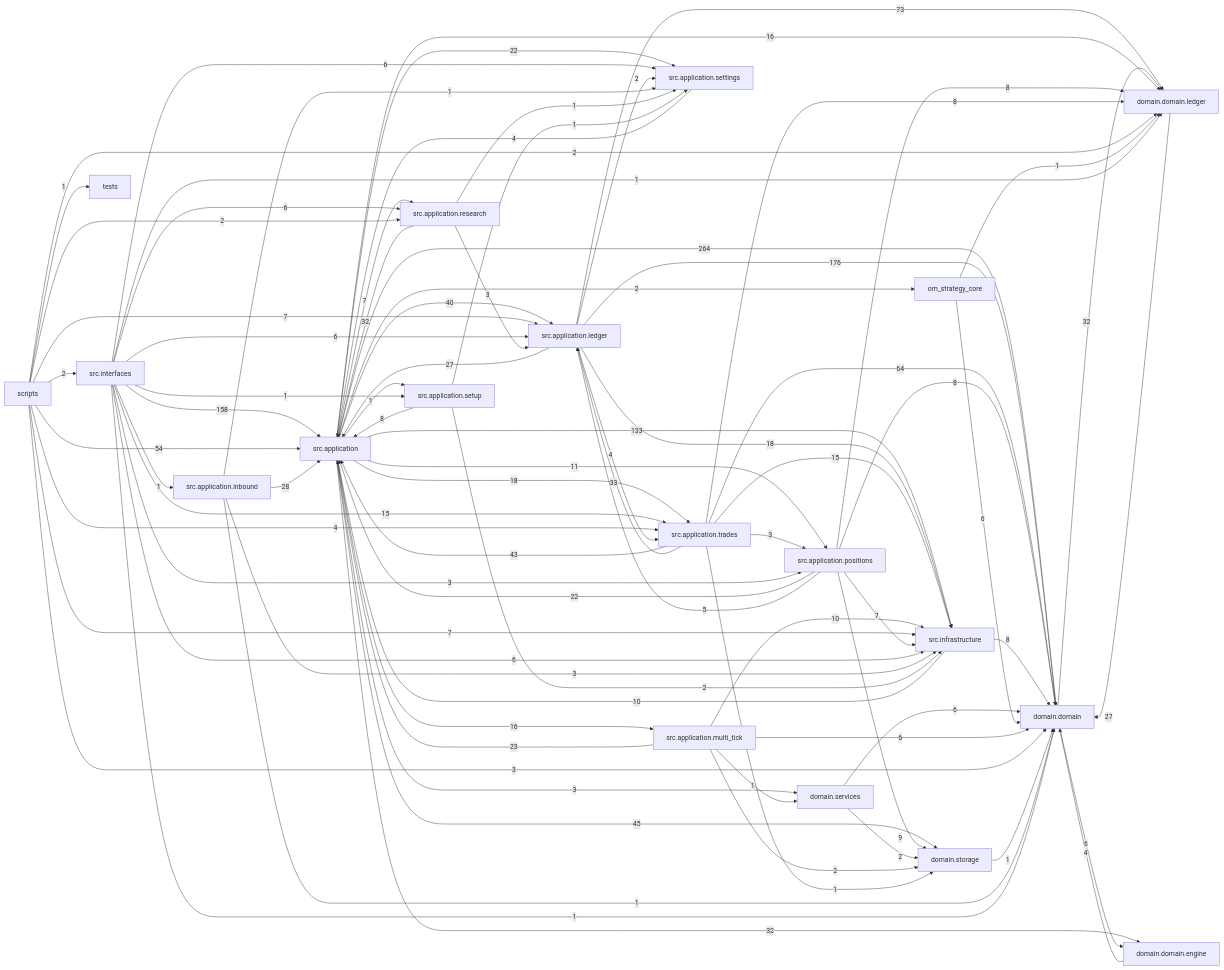
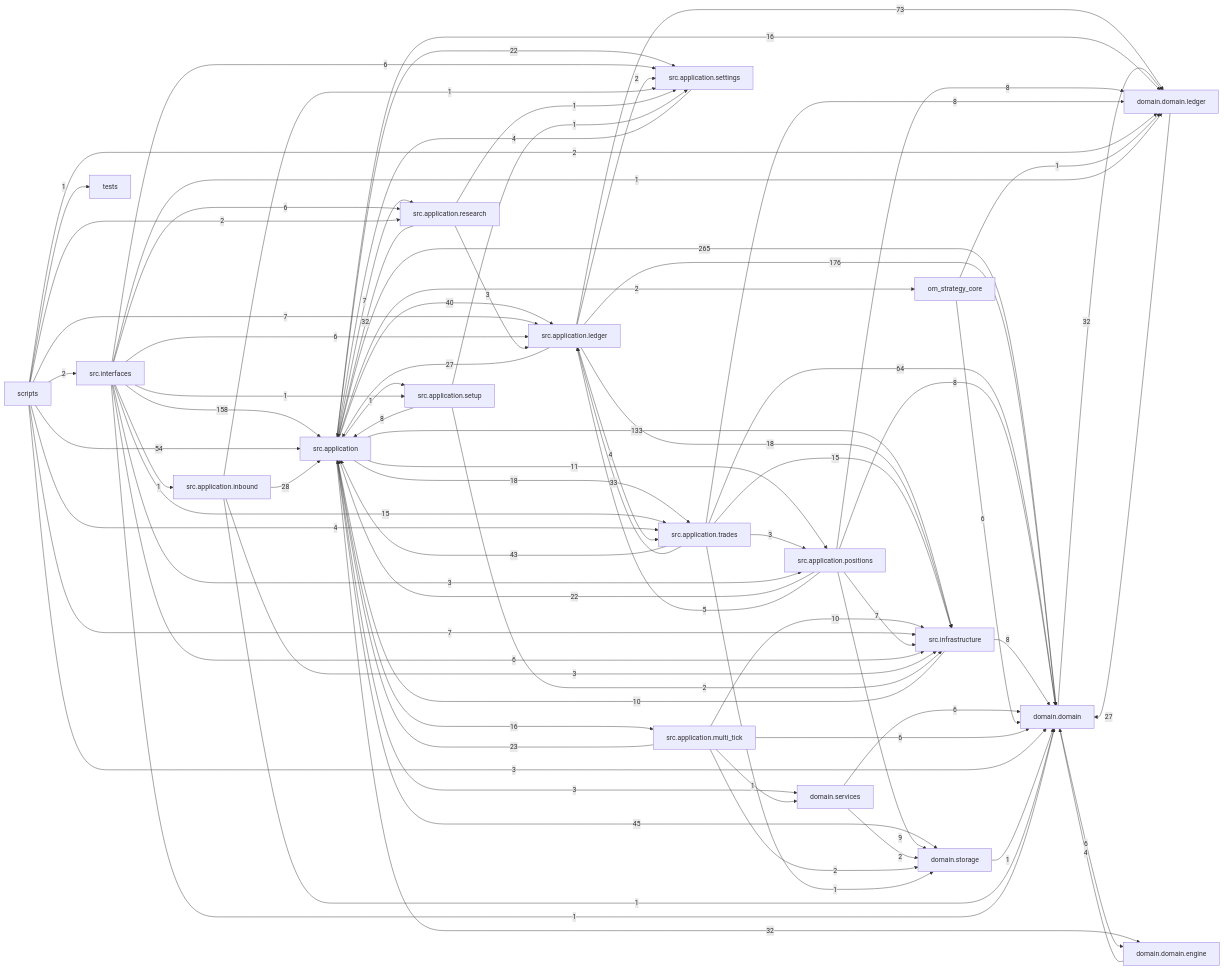
One commit to liuxie066/options-monitor changed the diagram in docs/dependency_graph.mmd. Above: the diagram before and after it, drawn with Mermaid. The commit also changed 6 other files, not shown here.

```diff
--- a/docs/dependency_graph.mmd
+++ b/docs/dependency_graph.mmd
@@ -1,81 +1,81 @@
 flowchart LR
-  src_application["src.application"] -->|264| domain_domain["domain.domain"]
+  src_application["src.application"] -->|265| domain_domain["domain.domain"]
   src_application_ledger["src.application.ledger"] -->|176| domain_domain["domain.domain"]
   src_interfaces["src.interfaces"] -->|158| src_application["src.application"]
   src_application["src.application"] -->|133| src_infrastructure["src.infrastructure"]
   src_application_ledger["src.application.ledger"] -->|73| domain_domain_ledger["domain.domain.ledger"]
   src_application_trades["src.application.trades"] -->|64| domain_domain["domain.domain"]
   scripts["scripts"] -->|54| src_application["src.application"]
   src_application["src.application"] -->|45| domain_storage["domain.storage"]
   src_application_trades["src.application.trades"] -->|43| src_application["src.application"]
   src_application["src.application"] -->|40| src_application_ledger["src.application.ledger"]
   src_application_trades["src.application.trades"] -->|33| src_application_ledger["src.application.ledger"]
   domain_domain["domain.domain"] -->|32| domain_domain_ledger["domain.domain.ledger"]
   src_application["src.application"] -->|32| domain_domain_engine["domain.domain.engine"]
   src_application_research["src.application.research"] -->|32| src_application["src.application"]
   src_application_inbound["src.application.inbound"] -->|28| src_application["src.application"]
   domain_domain_ledger["domain.domain.ledger"] -->|27| domain_domain["domain.domain"]
   src_application_ledger["src.application.ledger"] -->|27| src_application["src.application"]
   src_application_multi_tick["src.application.multi_tick"] -->|23| src_application["src.application"]
   src_application["src.application"] -->|22| src_application_settings["src.application.settings"]
   src_application_positions["src.application.positions"] -->|22| src_application["src.application"]
   src_application["src.application"] -->|18| src_application_trades["src.application.trades"]
   src_application_ledger["src.application.ledger"] -->|18| src_infrastructure["src.infrastructure"]
   src_application["src.application"] -->|16| domain_domain_ledger["domain.domain.ledger"]
   src_application["src.application"] -->|16| src_application_multi_tick["src.application.multi_tick"]
   src_application_trades["src.application.trades"] -->|15| src_infrastructure["src.infrastructure"]
   src_interfaces["src.interfaces"] -->|15| src_application_trades["src.application.trades"]
   src_application["src.application"] -->|11| src_application_positions["src.application.positions"]
   src_application_multi_tick["src.application.multi_tick"] -->|10| src_infrastructure["src.infrastructure"]
   src_infrastructure["src.infrastructure"] -->|10| src_application["src.application"]
   src_application_positions["src.application.positions"] -->|9| domain_storage["domain.storage"]
   src_application_positions["src.application.positions"] -->|8| domain_domain["domain.domain"]
   src_application_positions["src.application.positions"] -->|8| domain_domain_ledger["domain.domain.ledger"]
   src_application_setup["src.application.setup"] -->|8| src_application["src.application"]
   src_application_trades["src.application.trades"] -->|8| domain_domain_ledger["domain.domain.ledger"]
   src_infrastructure["src.infrastructure"] -->|8| domain_domain["domain.domain"]
   scripts["scripts"] -->|7| src_application_ledger["src.application.ledger"]
   scripts["scripts"] -->|7| src_infrastructure["src.infrastructure"]
   src_application["src.application"] -->|7| src_application_research["src.application.research"]
   src_application_positions["src.application.positions"] -->|7| src_infrastructure["src.infrastructure"]
   domain_domain["domain.domain"] -->|6| domain_domain_engine["domain.domain.engine"]
   domain_services["domain.services"] -->|6| domain_domain["domain.domain"]
   om_strategy_core["om_strategy_core"] -->|6| domain_domain["domain.domain"]
   src_application_multi_tick["src.application.multi_tick"] -->|6| domain_domain["domain.domain"]
   src_interfaces["src.interfaces"] -->|6| src_application_ledger["src.application.ledger"]
   src_interfaces["src.interfaces"] -->|6| src_application_research["src.application.research"]
   src_interfaces["src.interfaces"] -->|6| src_application_settings["src.application.settings"]
   src_interfaces["src.interfaces"] -->|6| src_infrastructure["src.infrastructure"]
   src_application_positions["src.application.positions"] -->|5| src_application_ledger["src.application.ledger"]
   domain_domain_engine["domain.domain.engine"] -->|4| domain_domain["domain.domain"]
   scripts["scripts"] -->|4| src_application_trades["src.application.trades"]
   src_application_ledger["src.application.ledger"] -->|4| src_application_trades["src.application.trades"]
   src_application_settings["src.application.settings"] -->|4| src_application["src.application"]
   scripts["scripts"] -->|3| domain_domain["domain.domain"]
   src_application["src.application"] -->|3| domain_services["domain.services"]
   src_application_inbound["src.application.inbound"] -->|3| src_infrastructure["src.infrastructure"]
   src_application_research["src.application.research"] -->|3| src_application_ledger["src.application.ledger"]
   src_application_trades["src.application.trades"] -->|3| src_application_positions["src.application.positions"]
   src_interfaces["src.interfaces"] -->|3| src_application_positions["src.application.positions"]
   domain_services["domain.services"] -->|2| domain_storage["domain.storage"]
   scripts["scripts"] -->|2| domain_domain_ledger["domain.domain.ledger"]
   scripts["scripts"] -->|2| src_application_research["src.application.research"]
   scripts["scripts"] -->|2| src_interfaces["src.interfaces"]
   src_application["src.application"] -->|2| om_strategy_core["om_strategy_core"]
   src_application_ledger["src.application.ledger"] -->|2| src_application_settings["src.application.settings"]
   src_application_multi_tick["src.application.multi_tick"] -->|2| domain_storage["domain.storage"]
   src_application_setup["src.application.setup"] -->|2| src_infrastructure["src.infrastructure"]
   domain_storage["domain.storage"] -->|1| domain_domain["domain.domain"]
   om_strategy_core["om_strategy_core"] -->|1| domain_domain_ledger["domain.domain.ledger"]
   scripts["scripts"] -->|1| tests["tests"]
   src_application["src.application"] -->|1| src_application_setup["src.application.setup"]
   src_application_inbound["src.application.inbound"] -->|1| domain_domain["domain.domain"]
   src_application_inbound["src.application.inbound"] -->|1| src_application_settings["src.application.settings"]
   src_application_multi_tick["src.application.multi_tick"] -->|1| domain_services["domain.services"]
   src_application_research["src.application.research"] -->|1| src_application_settings["src.application.settings"]
   src_application_setup["src.application.setup"] -->|1| src_application_settings["src.application.settings"]
   src_application_trades["src.application.trades"] -->|1| domain_storage["domain.storage"]
   src_interfaces["src.interfaces"] -->|1| domain_domain["domain.domain"]
   src_interfaces["src.interfaces"] -->|1| domain_domain_ledger["domain.domain.ledger"]
   src_interfaces["src.interfaces"] -->|1| src_application_inbound["src.application.inbound"]
   src_interfaces["src.interfaces"] -->|1| src_application_setup["src.application.setup"]
```
